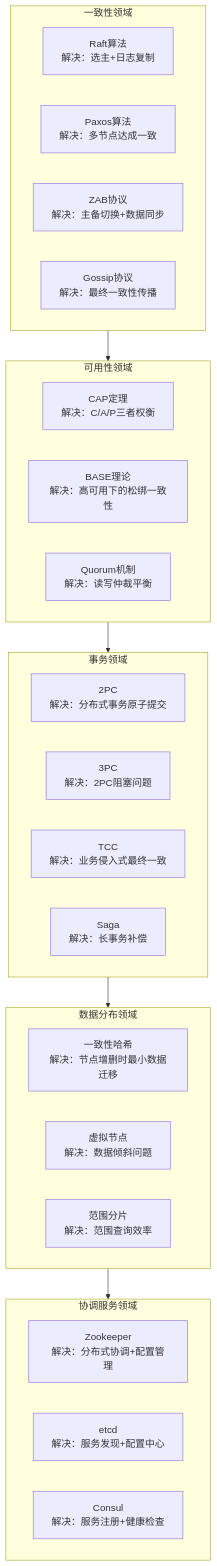
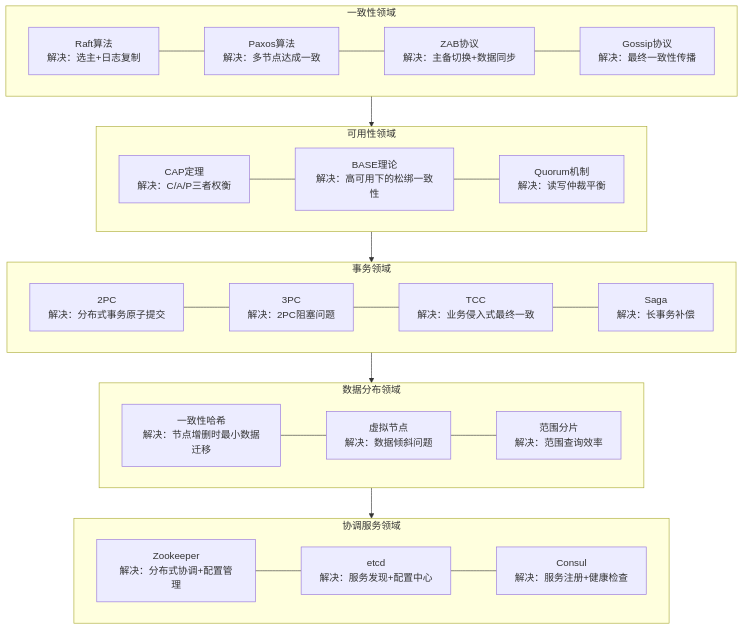
One commit to weiqiangxu/docs changed the second of 9 diagrams in posts/architecture/README.md. Above: the diagram before and after it, drawn with Mermaid. The commit also changed other lines of this file, not shown here.

````diff
--- a/posts/architecture/README.md
+++ b/posts/architecture/README.md
@@ -48,39 +49,50 @@
 ```mermaid
 flowchart TD
+    %% 第一层：一致性领域，整行横向排布
     subgraph Consistency[一致性领域]
         Raft[Raft算法<br/>解决：选主+日志复制]
         Paxos[Paxos算法<br/>解决：多节点达成一致]
         ZAB[ZAB协议<br/>解决：主备切换+数据同步]
         Gossip[Gossip协议<br/>解决：最终一致性传播]
     end
+    Raft --- Paxos --- ZAB --- Gossip
 
+    %% 第二层：可用性领域
     subgraph Availability[可用性领域]
         CAP[CAP定理<br/>解决：C/A/P三者权衡]
         BASE[BASE理论<br/>解决：高可用下的松绑一致性]
         Quorum[Quorum机制<br/>解决：读写仲裁平衡]
     end
+    CAP --- BASE --- Quorum
 
+    %% 第三层：事务领域
     subgraph Transaction[事务领域]
         TwoPC[2PC<br/>解决：分布式事务原子提交]
         ThreePC[3PC<br/>解决：2PC阻塞问题]
         TCC[TCC<br/>解决：业务侵入式最终一致]
         Saga[Saga<br/>解决：长事务补偿]
     end
+    TwoPC --- ThreePC --- TCC --- Saga
 
+    %% 第四层：数据分布领域
     subgraph DataDist[数据分布领域]
         ConsistHash[一致性哈希<br/>解决：节点增删时最小数据迁移]
         VNode[虚拟节点<br/>解决：数据倾斜问题]
         Sharding[范围分片<br/>解决：范围查询效率]
     end
+    ConsistHash --- VNode --- Sharding
 
+    %% 第五层：协调服务领域
     subgraph Coordination[协调服务领域]
         ZK[Zookeeper<br/>解决：分布式协调+配置管理]
         Etcd[etcd<br/>解决：服务发现+配置中心]
         Consul[Consul<br/>解决：服务注册+健康检查]
     end
+    ZK --- Etcd --- Consul
 
+    %% 垂直连接层与层之间
     Consistency --> Availability
     Availability --> Transaction
     Transaction --> DataDist
     DataDist --> Coordination
 ```
````
